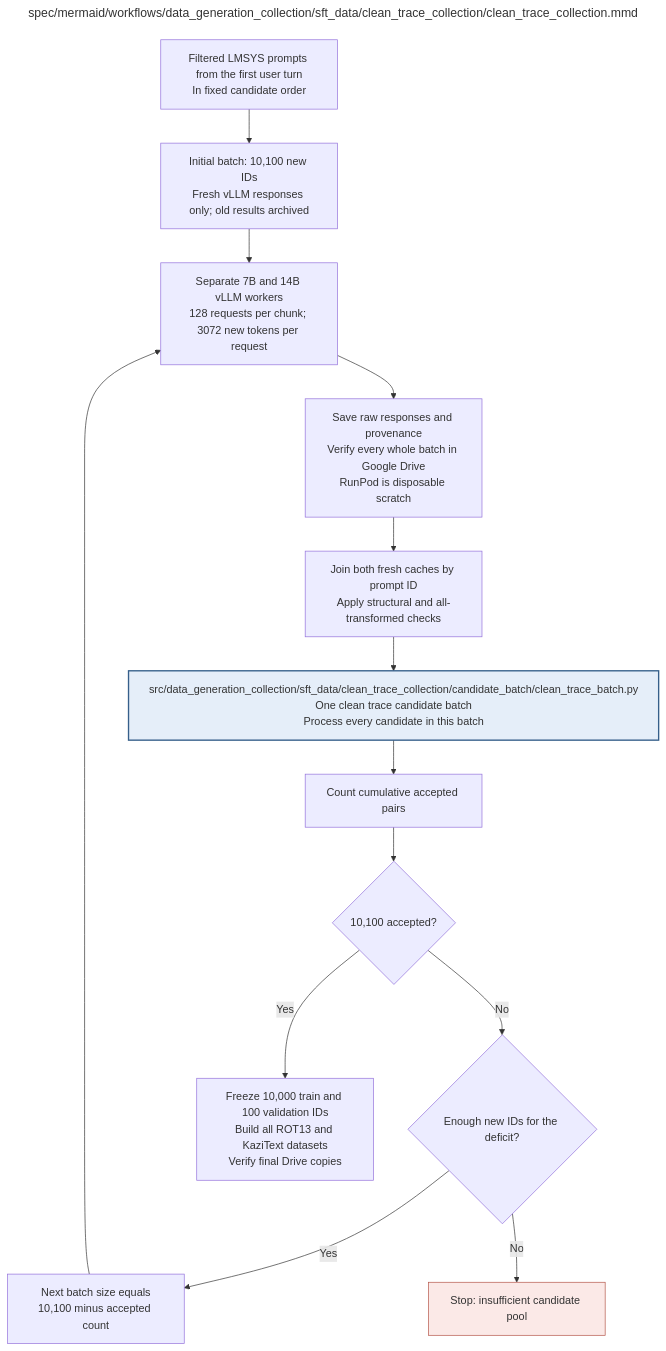
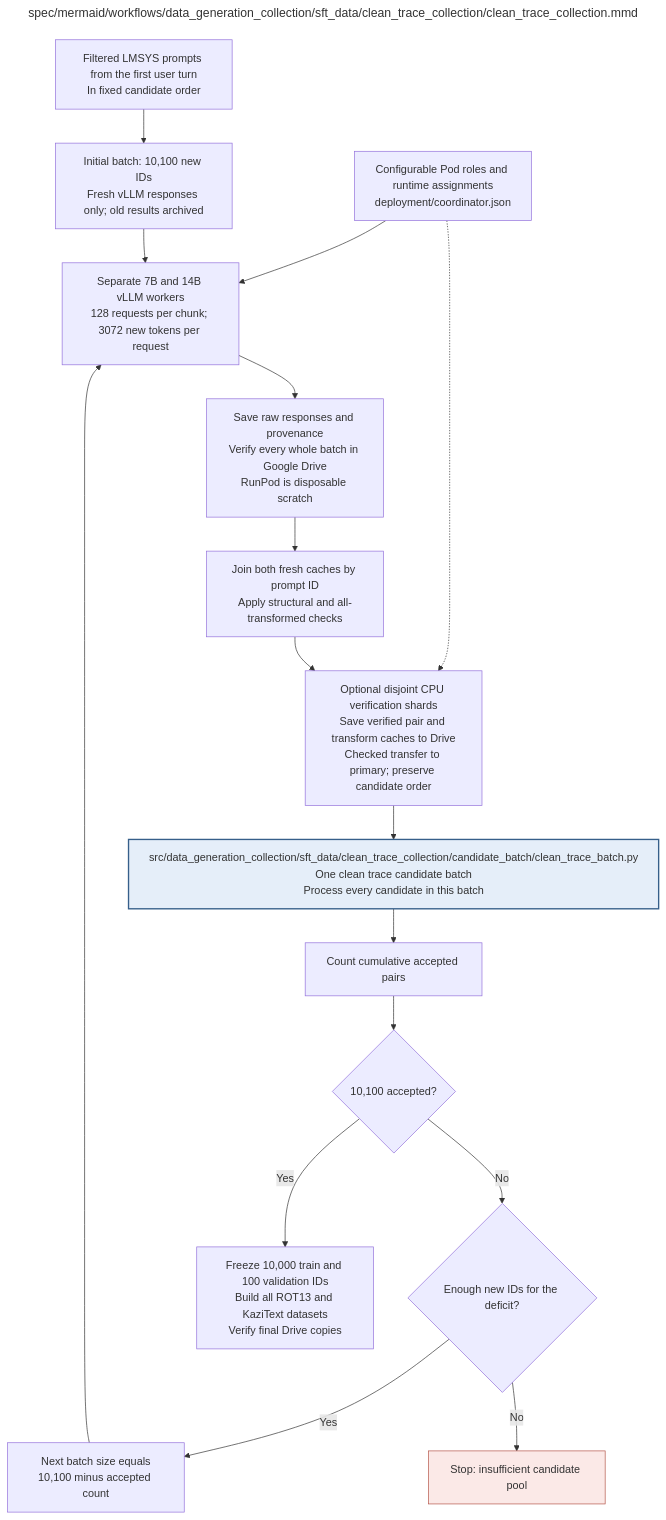
Before and after one commit to AJUNNYC/inducing_persistent_textual_chain_of_thought_illegibility: the diagram in docs/modules/data_generation_collection/sft_data/clean_trace_collection/clean_trace_collection.md, drawn with Mermaid. The commit also changed other lines of this file and 31 other files, not shown here.

Commit message:
Reconcile current documentation, integrated protocol and workflow diagrams

````diff
--- a/docs/modules/data_generation_collection/sft_data/clean_trace_collection/clean_trace_collection.md
+++ b/docs/modules/data_generation_collection/sft_data/clean_trace_collection/clean_trace_collection.md
@@ -56,42 +60,46 @@
 ```mermaid
 ---
 title: "spec/mermaid/workflows/data_generation_collection/sft_data/clean_trace_collection/clean_trace_collection.mmd"
 ---
 flowchart TD
 %% Clean trace collection
 %% Edit quoted node labels directly; this is native Mermaid source.
 %% Contract: ../../../shared_procedures/recovery_procedure.mmd applies to execution failures.
 %% No oversampling: every refill is exactly the deficit, using new IDs.
 %% Rejected outputs are retained but are not resampled until they pass.
 %% Each model trace must pass structural checks, including at least three eligible original word spans.
 %% No semantic correctness or quality filter. Clean means untransformed baseline output.
 %% Child: PROCESS => candidate_batch/clean_trace_batch.mmd
+    COORD["Configurable Pod roles and runtime assignments<br/>deployment/coordinator.json"]
     INPUT["Filtered LMSYS prompts from the first user turn<br/>In fixed candidate order"]
     INITIAL["Initial batch: 10,100 new IDs<br/>Fresh vLLM responses only; old results archived"]
     PROCESS["src/data_generation_collection/sft_data/clean_trace_collection/candidate_batch/clean_trace_batch.py<br/>One clean trace candidate batch<br/>Process every candidate in this batch"]
     WORKERS["Separate 7B and 14B vLLM workers<br/>128 requests per chunk; 3072 new tokens per request"]
     DRIVE["Save raw responses and provenance<br/>Verify every whole batch in Google Drive<br/>RunPod is disposable scratch"]
     JOIN["Join both fresh caches by prompt ID<br/>Apply structural and all-transformed checks"]
+    SHARDS["Optional disjoint CPU verification shards<br/>Save verified pair and transform caches to Drive<br/>Checked transfer to primary; preserve candidate order"]
     COUNT["Count cumulative accepted pairs"]
     ENOUGH{"10,100 accepted?"}
     POOL{"Enough new IDs for the deficit?"}
     REFILL["Next batch size equals<br/>10,100 minus accepted count"]
     OUT["Freeze 10,000 train and 100 validation IDs<br/>Build all ROT13 and KaziText datasets<br/>Verify final Drive copies"]
     STOP["Stop: insufficient candidate pool"]
-    INPUT --> INITIAL --> WORKERS --> DRIVE --> JOIN --> PROCESS --> COUNT --> ENOUGH
+    COORD --> WORKERS
+    COORD -.-> SHARDS
+    INPUT --> INITIAL --> WORKERS --> DRIVE --> JOIN --> SHARDS --> PROCESS --> COUNT --> ENOUGH
     ENOUGH -->|Yes| OUT
     ENOUGH -->|No| POOL
     POOL -->|Yes| REFILL --> WORKERS
     POOL -->|No| STOP
     classDef detail fill:#e5eef9,stroke:#365f8a,stroke-width:2px
     class PROCESS detail
     classDef stop fill:#fbe9e7,stroke:#b45448
     class STOP stop
 %% Filter English / prompt length, deduplicate and exclude detectable evaluation overlap before fixing candidate order.
 
 %% Repository module: src/data_generation_collection/sft_data/clean_trace_collection/clean_trace_collection.py
 %% Module documentation: docs/modules/data_generation_collection/sft_data/clean_trace_collection/clean_trace_collection.md
 %% Unit test: tests/unit/data_generation_collection/sft_data/clean_trace_collection/test_clean_trace_collection.py
 %% Owner: data_preparation
 %% Source sections: 3.1; B.1; E.2.2–E.2.4; H.2.3,H.3
 ```
````
